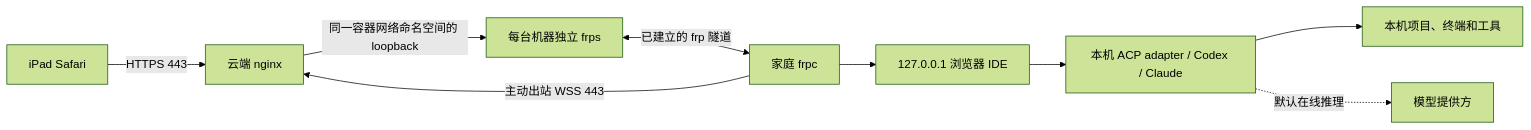
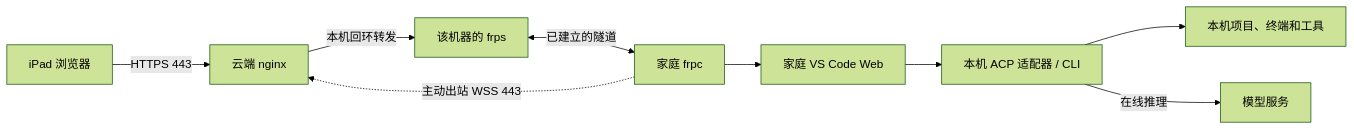
One commit to lbingasd/RemoteCode changed the diagram in README.md. Above: the diagram before and after it, drawn with Mermaid (forest theme). The commit also changed other lines of this file and 1 other file, not shown here.

First line of the commit message:
Focus README on information flow and deployment

````diff
--- a/README.md
+++ b/README.md
@@ -5,11 +7,11 @@
 ```mermaid
 flowchart LR
-    A[iPad Safari] -->|HTTPS 443| B[云端 nginx]
-    B -->|同一容器网络命名空间的 loopback| C[每台机器独立 frps]
-    D[家庭 frpc] -->|主动出站 WSS 443| B
-    C <-->|已建立的 frp 隧道| D
-    D --> E[127.0.0.1 浏览器 IDE]
-    E --> F[本机 ACP adapter / Codex / Claude]
-    F --> G[本机项目、终端和工具]
-    F -.默认在线推理.-> H[模型提供方]
+    Browser[iPad 浏览器] -->|HTTPS 443| Edge[云端 nginx]
+    Edge -->|本机回环转发| Server[该机器的 frps]
+    Server <-->|已建立的隧道| Client[家庭 frpc]
+    Client -. 主动出站 WSS 443 .-> Edge
+    Client --> IDE[家庭 VS Code Web]
+    IDE --> Agent[本机 ACP 适配器 / CLI]
+    Agent --> Tools[本机项目、终端和工具]
+    Agent -->|在线推理| Model[模型服务]
 ```
````
